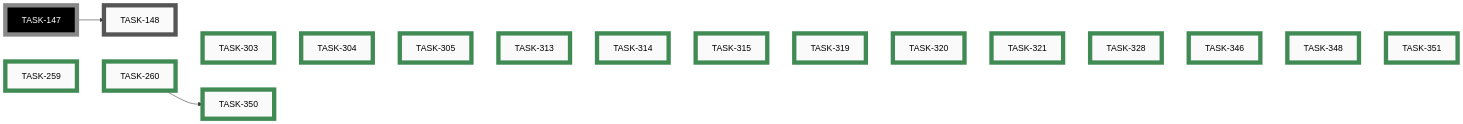
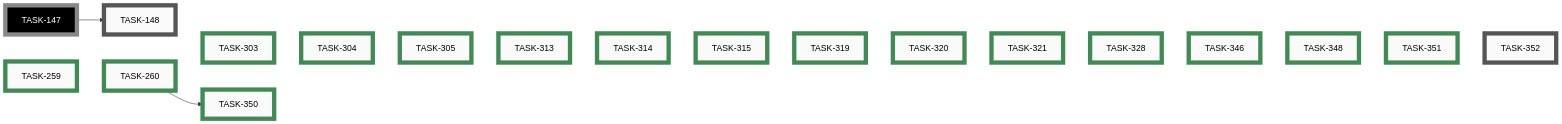
Before and after one commit to tgd1975/AwesomeStudioPedal: the tenth of 10 diagrams in docs/developers/tasks/EPICS.md, drawn with Mermaid. The commit also changed other lines of this file and 3 other files, not shown here.

Commit message:
scaffold TASK-352: investigate pre-commit hook latency

````diff
--- a/docs/developers/tasks/EPICS.md
+++ b/docs/developers/tasks/EPICS.md
@@ -404,49 +404,51 @@
 ```mermaid
 graph LR
     TASK_148["TASK-148"]:::open
+    TASK_352["TASK-352"]:::open
     TASK_259["TASK-259"]:::closed
     TASK_260["TASK-260"]:::closed
     TASK_303["TASK-303"]:::closed
     TASK_304["TASK-304"]:::closed
     TASK_305["TASK-305"]:::closed
     TASK_313["TASK-313"]:::closed
     TASK_314["TASK-314"]:::closed
     TASK_315["TASK-315"]:::closed
     TASK_319["TASK-319"]:::closed
     TASK_320["TASK-320"]:::closed
     TASK_321["TASK-321"]:::closed
     TASK_328["TASK-328"]:::closed
     TASK_346["TASK-346"]:::closed
     TASK_348["TASK-348"]:::closed
     TASK_350["TASK-350"]:::closed
     TASK_351["TASK-351"]:::closed
     TASK_147["TASK-147"]:::openExt
     TASK_147 --> TASK_148
     TASK_260 --> TASK_350
-    TASK_259 ~~~ TASK_260 ~~~ TASK_303 ~~~ TASK_304 ~~~ TASK_305 ~~~ TASK_313 ~~~ TASK_314 ~~~ TASK_315 ~~~ TASK_319 ~~~ TASK_320 ~~~ TASK_321 ~~~ TASK_328 ~~~ TASK_346 ~~~ TASK_348 ~~~ TASK_351
+    TASK_259 ~~~ TASK_260 ~~~ TASK_303 ~~~ TASK_304 ~~~ TASK_305 ~~~ TASK_313 ~~~ TASK_314 ~~~ TASK_315 ~~~ TASK_319 ~~~ TASK_320 ~~~ TASK_321 ~~~ TASK_328 ~~~ TASK_346 ~~~ TASK_348 ~~~ TASK_351 ~~~ TASK_352
     click TASK_148 "open/task-148-reorganise-developer-documentation.md"
+    click TASK_352 "open/task-352-investigate-pre-commit-hook-latency.md"
     click TASK_259 "closed/task-259-android-app-test-protocol.md"
     click TASK_260 "closed/task-260-unify-version-numbers-across-deliverables.md"
     click TASK_303 "closed/task-303-simulator-boots-with-demo-loaded.md"
     click TASK_304 "closed/task-304-simulator-button-no-hover-reaction.md"
     click TASK_305 "closed/task-305-add-category-field-to-ideas.md"
     click TASK_313 "closed/task-313-emoji-icons-for-idea-categories.md"
     click TASK_314 "closed/task-314-nbsp-between-icon-and-category.md"
     click TASK_315 "closed/task-315-idea-sub-file-naming-convention.md"
     click TASK_319 "closed/task-319-remove-wireviz-precommit-block.md"
     click TASK_320 "closed/task-320-remove-ble-flag-precommit-check.md"
     click TASK_321 "closed/task-321-fix-ci-failures-mermaid-clang-tidy.md"
     click TASK_328 "closed/task-328-prevent-parallel-housekeep-execution.md"
     click TASK_346 "closed/task-346-content-sensitive-precommit-checks.md"
     click TASK_348 "closed/task-348-derive-clang-tidy-set-from-compile-commands.md"
     click TASK_350 "closed/task-350-display-unified-version-in-web-tooling.md"
     click TASK_351 "closed/task-351-ensure-autogenerated-markdown-is-lint-clean.md"
     classDef open    fill:#FAFAFA,stroke:#555,stroke-width:8px,color:#000
     classDef active  fill:#FAFAFA,stroke:#1A6FA8,stroke-width:8px,color:#000
     classDef closed  fill:#FAFAFA,stroke:#3F8B53,stroke-width:8px,color:#000
     classDef paused  fill:#FAFAFA,stroke:#B07810,stroke-width:8px,color:#000
     classDef openExt    fill:#000,stroke:#888,stroke-width:8px,color:#FFF
     classDef activeExt  fill:#000,stroke:#3FA9F5,stroke-width:8px,color:#FFF
     classDef closedExt  fill:#000,stroke:#7CC68A,stroke-width:8px,color:#FFF
     classDef pausedExt  fill:#000,stroke:#F0B030,stroke-width:8px,color:#FFF
 ```
````
